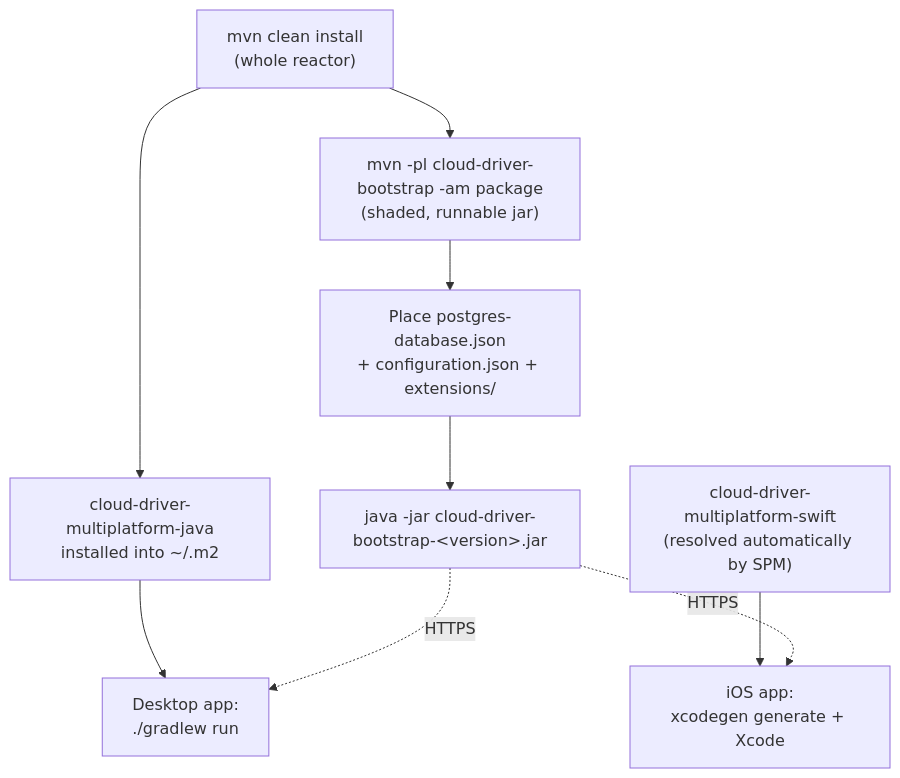
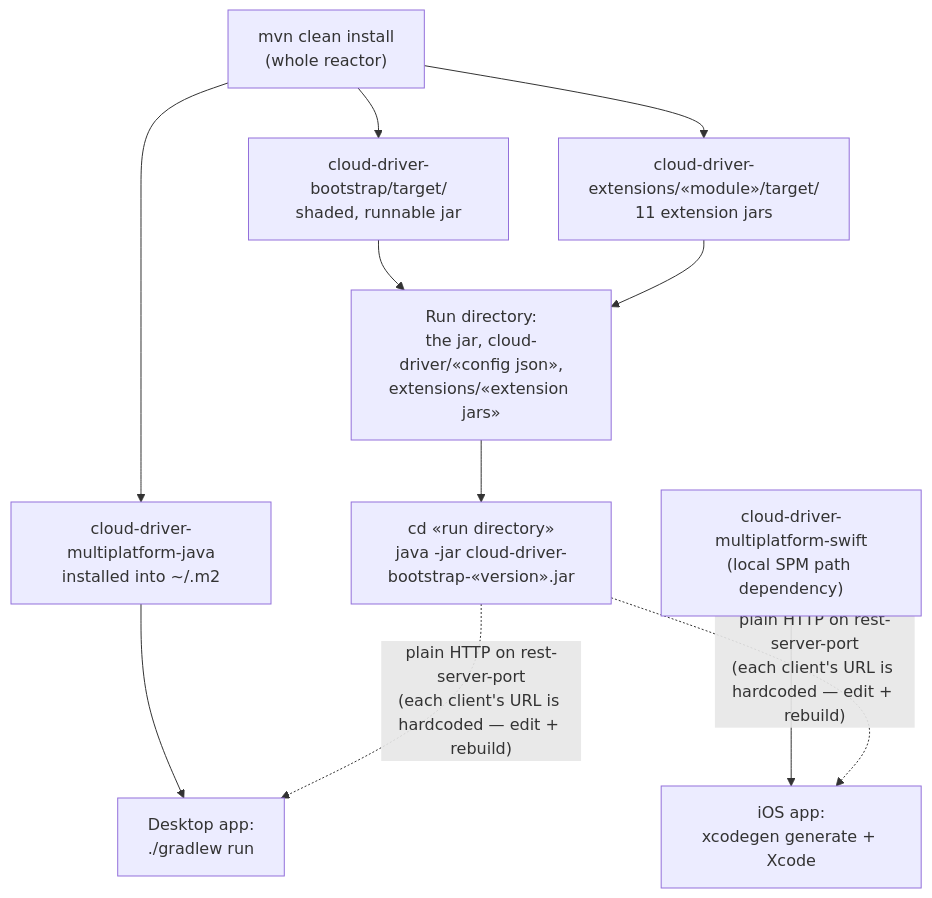
The diagram in docs/getting-started.md (linoalessio/cloud-driver), drawn with Mermaid before and after one commit. The commit also changed other lines of this file and 78 other files, not shown here.

Commit message:
Docs: refresh README.md and docs/ against the current code, diagrams include

````diff
--- a/docs/getting-started.md
+++ b/docs/getting-started.md
@@ -20,11 +36,13 @@
 ```mermaid
 flowchart TD
-    MVN["mvn clean install<br/>(whole reactor)"] --> PKG["mvn -pl cloud-driver-bootstrap -am package<br/>(shaded, runnable jar)"]
+    MVN["mvn clean install<br/>(whole reactor)"] --> PKG["cloud-driver-bootstrap/target/<br/>shaded, runnable jar"]
+    MVN --> EXT["cloud-driver-extensions/«module»/target/<br/>11 extension jars"]
     MVN --> JLIB["cloud-driver-multiplatform-java<br/>installed into ~/.m2"]
-    PKG --> CFG["Place postgres-database.json<br/>+ configuration.json + extensions/"]
-    CFG --> RUN["java -jar cloud-driver-bootstrap-&lt;version&gt;.jar"]
+    PKG --> DIR["Run directory:<br/>the jar, cloud-driver/«config json»,<br/>extensions/«extension jars»"]
+    EXT --> DIR
+    DIR --> RUN["cd «run directory»<br/>java -jar cloud-driver-bootstrap-«version».jar"]
     JLIB --> DESK["Desktop app:<br/>./gradlew run"]
-    SWIFTPKG["cloud-driver-multiplatform-swift<br/>(resolved automatically by SPM)"] --> MOB["iOS app:<br/>xcodegen generate + Xcode"]
-    RUN -.->|HTTPS| DESK
-    RUN -.->|HTTPS| MOB
+    SWIFTPKG["cloud-driver-multiplatform-swift<br/>(local SPM path dependency)"] --> MOB["iOS app:<br/>xcodegen generate + Xcode"]
+    RUN -.->|"plain HTTP on rest-server-port<br/>(each client's URL is hardcoded — edit + rebuild)"| DESK
+    RUN -.->|"plain HTTP on rest-server-port<br/>(each client's URL is hardcoded — edit + rebuild)"| MOB
 ```
````
